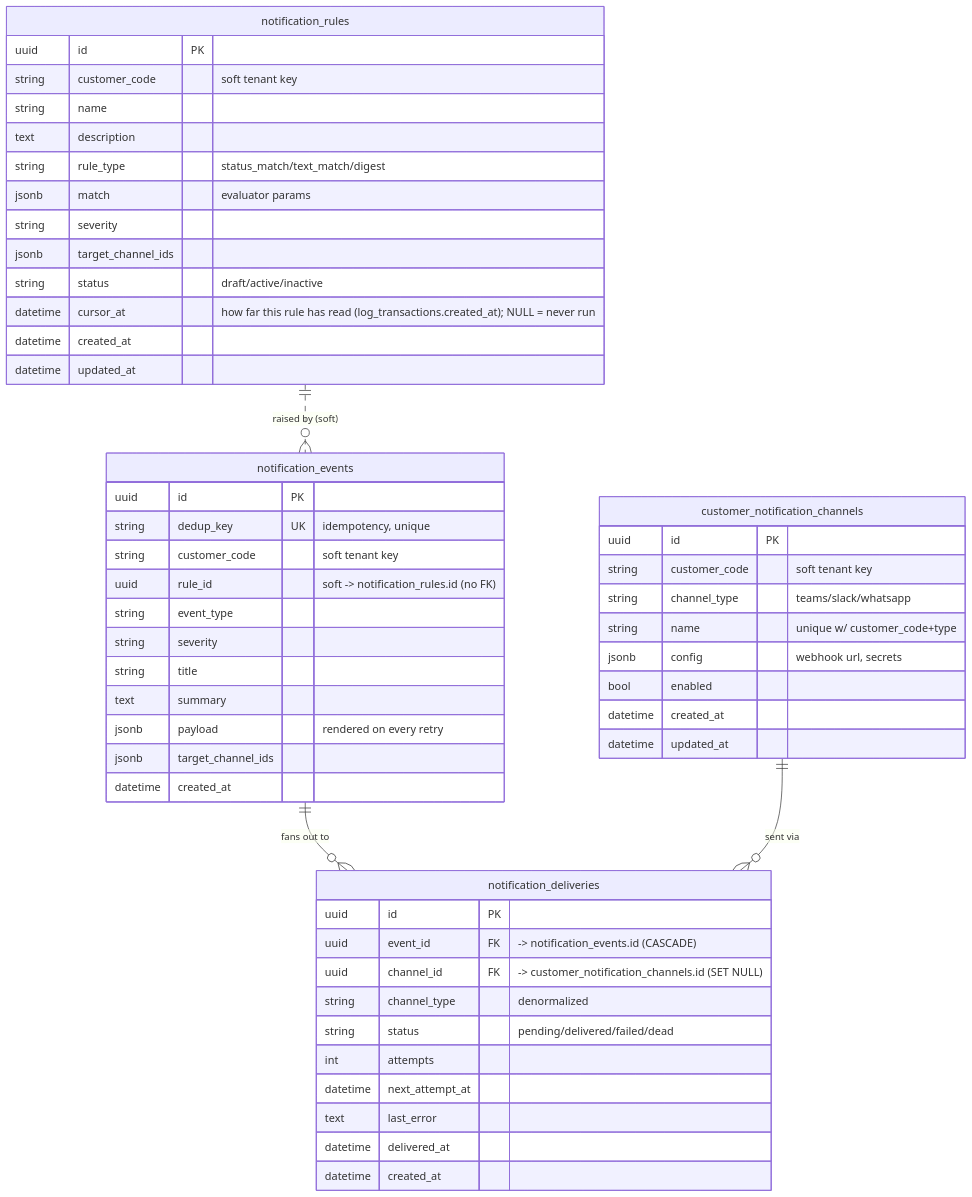
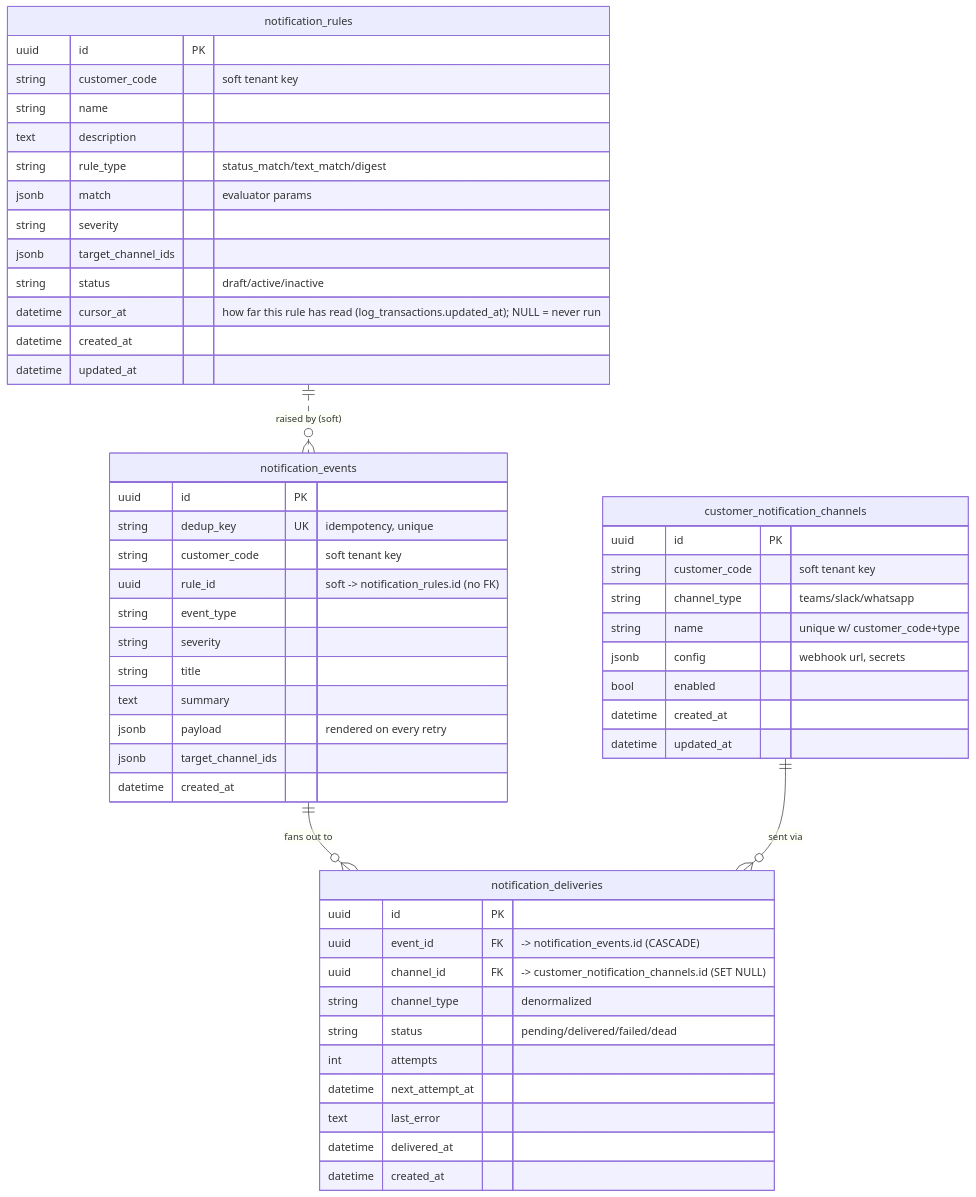
One commit to eamtalu/RAG-PipeLine changed the ninth of 11 diagrams in docs/database-er-diagram.md. Above: the diagram before and after it, drawn with Mermaid. The commit also changed other lines of this file and 13 other files, not shown here.

````diff
--- a/docs/database-er-diagram.md
+++ b/docs/database-er-diagram.md
@@ -639,59 +644,59 @@
 ```mermaid
 erDiagram
     customer_notification_channels {
         uuid id PK
         string customer_code "soft tenant key"
         string channel_type "teams/slack/whatsapp"
         string name "unique w/ customer_code+type"
         jsonb config "webhook url, secrets"
         bool enabled
         datetime created_at
         datetime updated_at
     }
 
     notification_rules {
         uuid id PK
         string customer_code "soft tenant key"
         string name
         text description
         string rule_type "status_match/text_match/digest"
         jsonb match "evaluator params"
         string severity
         jsonb target_channel_ids
         string status "draft/active/inactive"
-        datetime cursor_at "how far this rule has read (log_transactions.created_at); NULL = never run"
+        datetime cursor_at "how far this rule has read (log_transactions.updated_at); NULL = never run"
         datetime created_at
         datetime updated_at
     }
 
     notification_events {
         uuid id PK
         string dedup_key UK "idempotency, unique"
         string customer_code "soft tenant key"
         uuid rule_id "soft -> notification_rules.id (no FK)"
         string event_type
         string severity
         string title
         text summary
         jsonb payload "rendered on every retry"
         jsonb target_channel_ids
         datetime created_at
     }
 
     notification_deliveries {
         uuid id PK
         uuid event_id FK "-> notification_events.id (CASCADE)"
         uuid channel_id FK "-> customer_notification_channels.id (SET NULL)"
         string channel_type "denormalized"
         string status "pending/delivered/failed/dead"
         int attempts
         datetime next_attempt_at
         text last_error
         datetime delivered_at
         datetime created_at
     }
 
     notification_events ||--o{ notification_deliveries : "fans out to"
     customer_notification_channels ||--o{ notification_deliveries : "sent via"
     notification_rules ||..o{ notification_events : "raised by (soft)"
 ```
````
